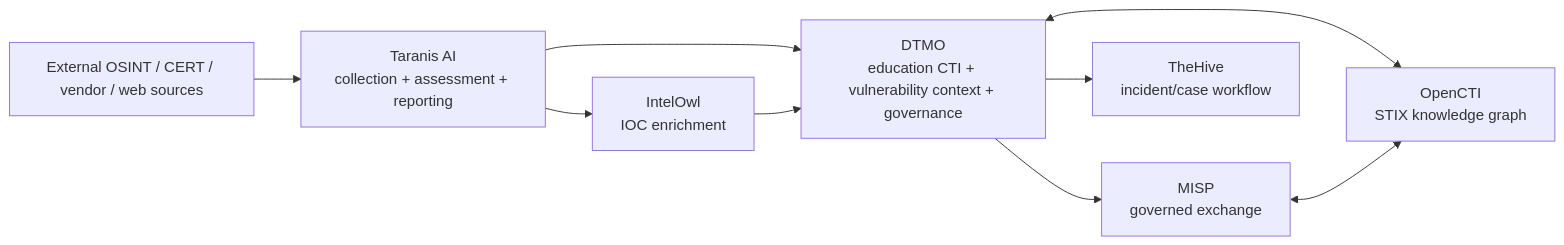
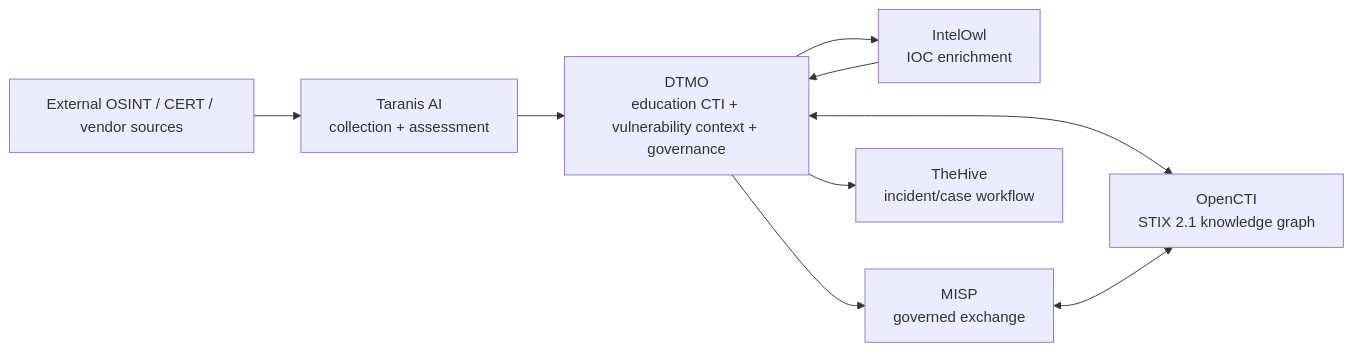
The first of 2 diagrams in docs/roadmap/PLATFORM_INDUSTRIALISATION_ROADMAP.md (GJvManen/dtmo), drawn with Mermaid before and after one commit. The commit also changed other lines of this file, not shown here.

Commit message:
Phase 11.4: activate OpenCTI contract roadmap

````diff
--- a/docs/roadmap/PLATFORM_INDUSTRIALISATION_ROADMAP.md
+++ b/docs/roadmap/PLATFORM_INDUSTRIALISATION_ROADMAP.md
@@ -16,11 +14,11 @@
 ```mermaid
 flowchart LR
-    EXT[External OSINT / CERT / vendor / web sources] --> TAR[Taranis AI\ncollection + assessment + reporting]
-    TAR --> OWL[IntelOwl\nIOC enrichment]
+    EXT[External OSINT / CERT / vendor sources] --> TAR[Taranis AI\ncollection + assessment]
     TAR --> DTMO[DTMO\neducation CTI + vulnerability context + governance]
+    DTMO --> OWL[IntelOwl\nIOC enrichment]
     OWL --> DTMO
-    DTMO <--> OCTI[OpenCTI\nSTIX knowledge graph]
+    DTMO <--> OCTI[OpenCTI\nSTIX 2.1 knowledge graph]
     DTMO --> MISP[MISP\ngoverned exchange]
     DTMO --> HIVE[TheHive\nincident/case workflow]
     MISP <--> OCTI
 ```
````
